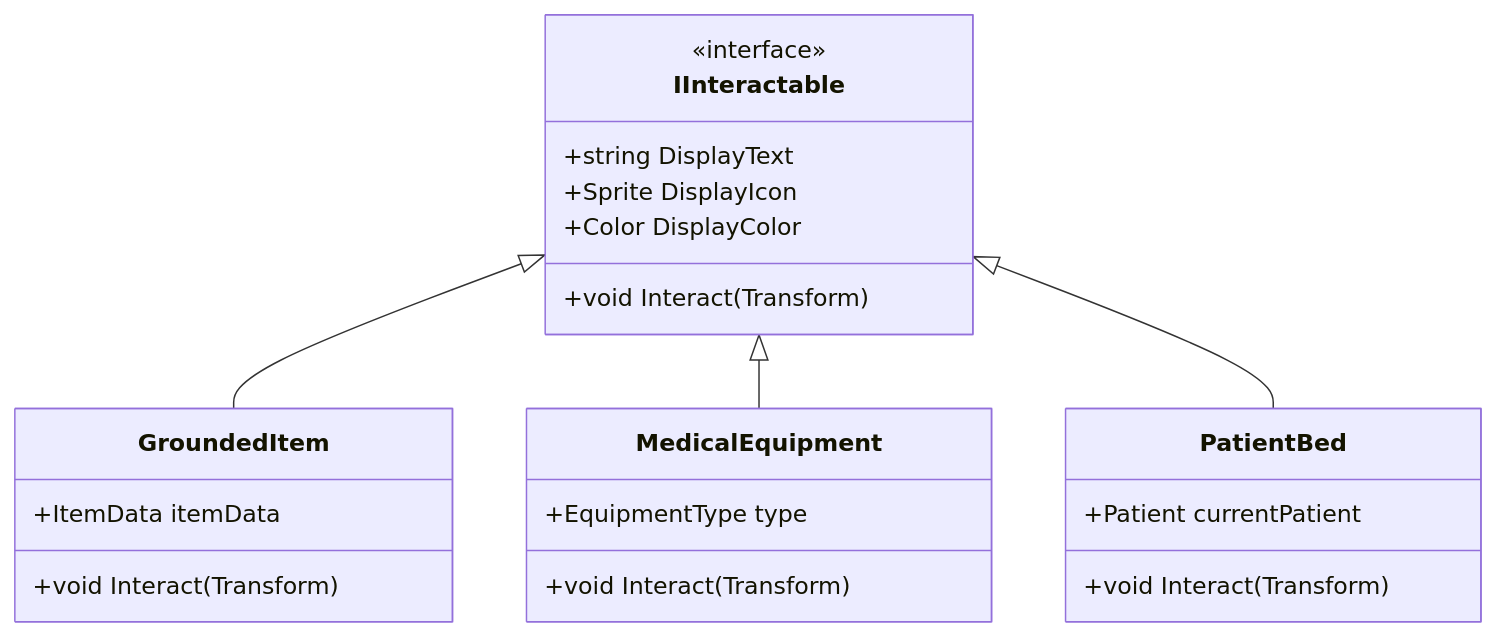
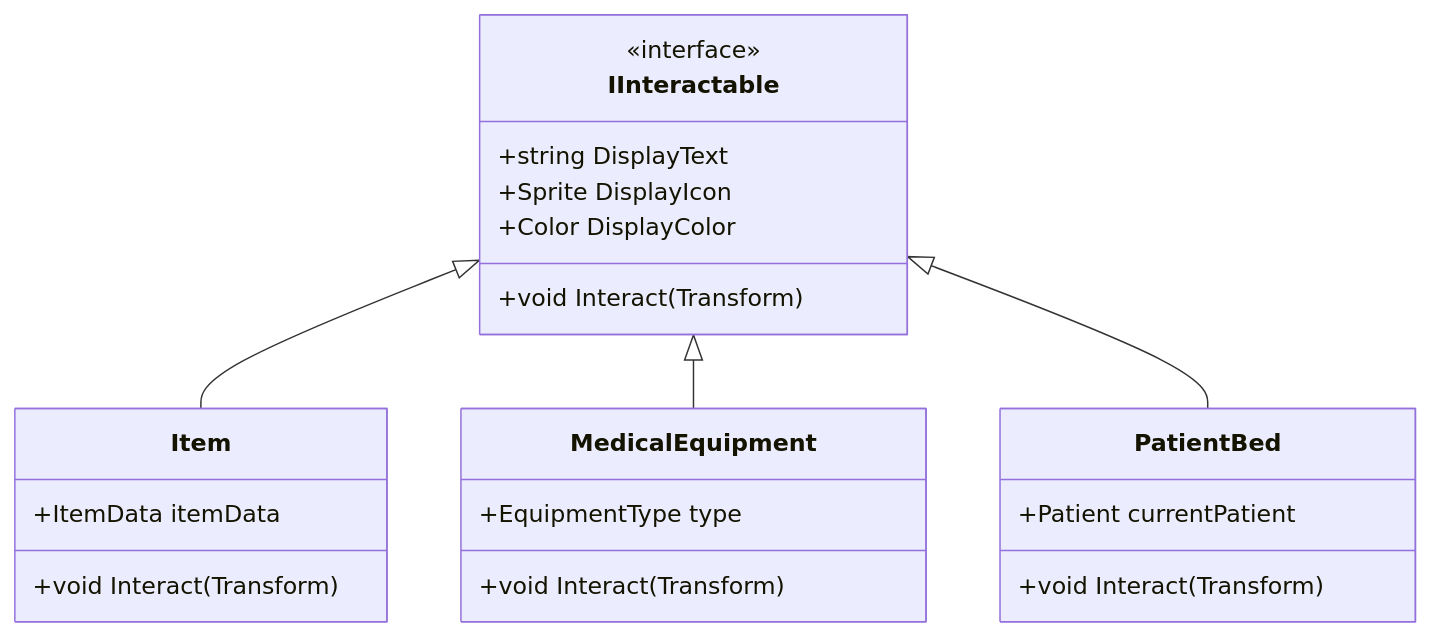
The second of 2 diagrams in Assets/Modules/MultiplayerInfrastructure/Scripts/InteractableEntity/README.md (jnu-triage-2025/ktas-trainer-mirror), drawn with Mermaid before and after one commit. The commit also changed other lines of this file and 112 other files, not shown here.

````diff
--- a/Assets/Modules/MultiplayerInfrastructure/Scripts/InteractableEntity/README.md
+++ b/Assets/Modules/MultiplayerInfrastructure/Scripts/InteractableEntity/README.md
@@ -115,29 +115,29 @@
 ```mermaid
 classDiagram
     class IInteractable {
         <<interface>>
         +string DisplayText
         +Sprite DisplayIcon
         +Color DisplayColor
         +void Interact(Transform)
     }
     
-    class GroundedItem {
+    class Item {
         +ItemData itemData
         +void Interact(Transform)
     }
     
     class MedicalEquipment {
         +EquipmentType type
         +void Interact(Transform)
     }
     
     class PatientBed {
         +Patient currentPatient
         +void Interact(Transform)
     }
     
-    IInteractable <|-- GroundedItem
+    IInteractable <|-- Item
     IInteractable <|-- MedicalEquipment
     IInteractable <|-- PatientBed
 ```
````
